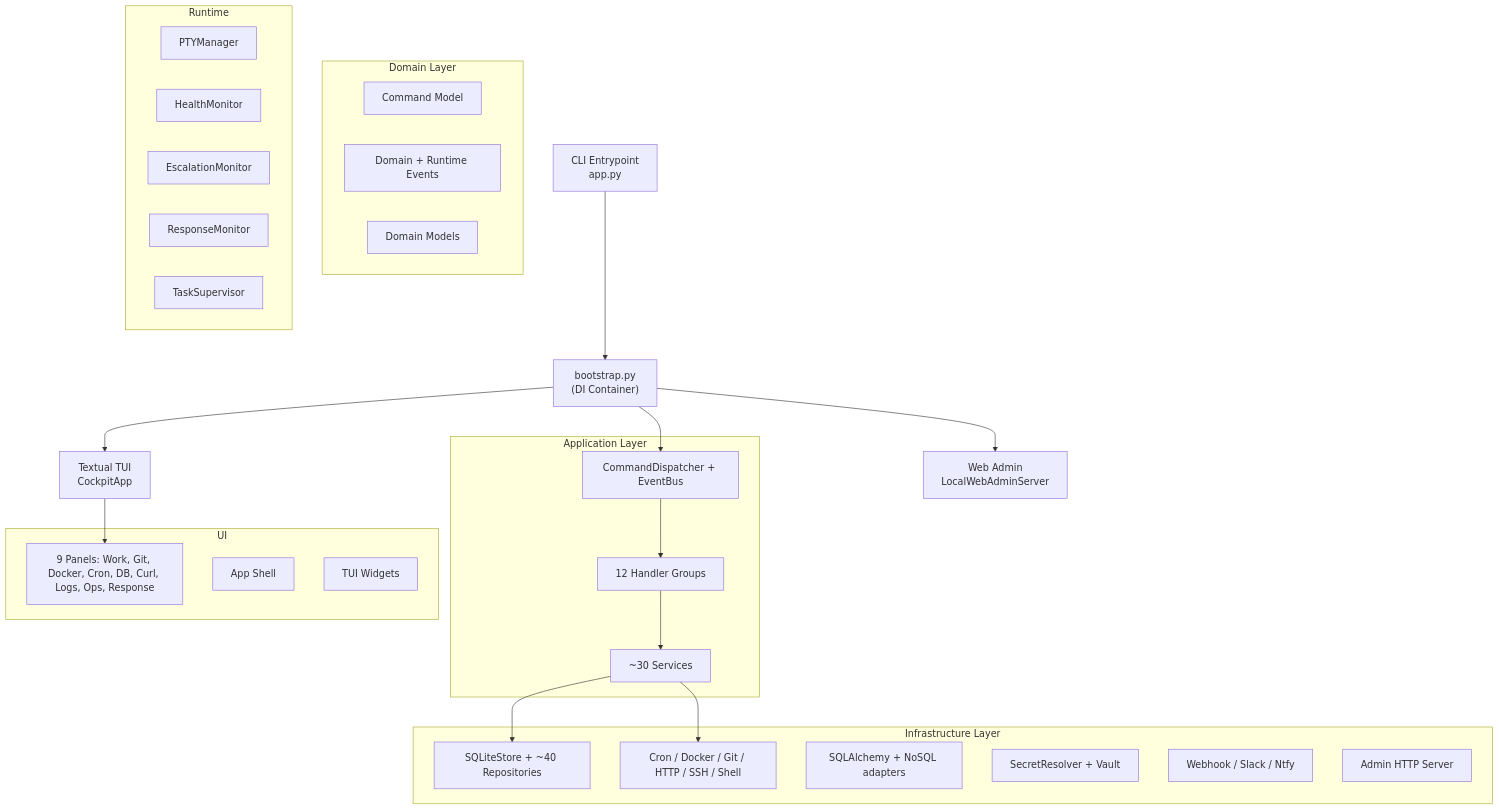
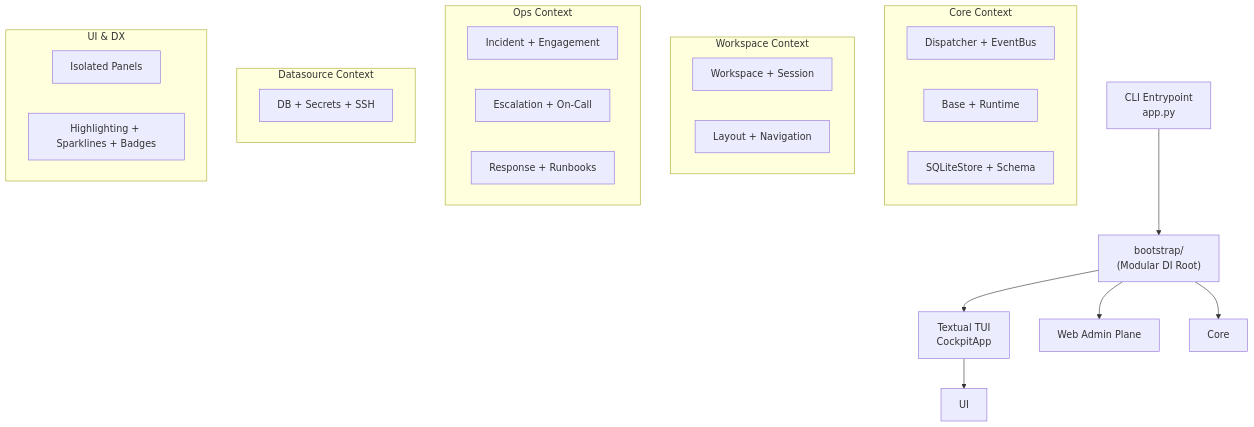
One commit to DamienDrash/cockpit_cli changed the diagram in walkthrough.md. Above: the diagram before and after it, drawn with Mermaid. The commit also changed other lines of this file and 11 other files, not shown here.

````diff
--- a/walkthrough.md
+++ b/walkthrough.md
@@ -21,48 +19,35 @@
 ```mermaid
 graph TD
-    CLI["CLI Entrypoint<br>app.py"] --> Bootstrap["bootstrap.py<br>(DI Container)"]
+    CLI["CLI Entrypoint<br>app.py"] --> Bootstrap["bootstrap/<br>(Modular DI Root)"]
     Bootstrap --> App["Textual TUI<br>CockpitApp"]
-    Bootstrap --> Admin["Web Admin<br>LocalWebAdminServer"]
+    Bootstrap --> Admin["Web Admin Plane"]
 
-    subgraph "Application Layer"
-        Dispatch["CommandDispatcher + EventBus"]
-        Handlers["12 Handler Groups"]
-        Services["~30 Services"]
+    subgraph "Core Context"
+        Dispatch["Dispatcher + EventBus"]
+        Events["Base + Runtime"]
+        Persistence["SQLiteStore + Schema"]
     end
 
-    subgraph "Domain Layer"
-        Commands["Command Model"]
-        Events["Domain + Runtime Events"]
-        Models["Domain Models"]
+    subgraph "Workspace Context"
+        WS["Workspace + Session"]
+        Layout["Layout + Navigation"]
     end
 
-    subgraph "Infrastructure Layer"
-        Persistence["SQLiteStore + ~40 Repositories"]
-        Adapters["Cron / Docker / Git / HTTP / SSH / Shell"]
-        Datasources["SQLAlchemy + NoSQL adapters"]
-        Secrets["SecretResolver + Vault"]
-        Notifications["Webhook / Slack / Ntfy"]
-        Web["Admin HTTP Server"]
+    subgraph "Ops Context"
+        Inc["Incident + Engagement"]
+        Esc["Escalation + On-Call"]
+        Resp["Response + Runbooks"]
     end
 
-    subgraph "Runtime"
-        PTY["PTYManager"]
-        Health["HealthMonitor"]
-        Escalation["EscalationMonitor"]
-        Response["ResponseMonitor"]
-        TaskSupervisor["TaskSupervisor"]
+    subgraph "Datasource Context"
+        Adapters["DB + Secrets + SSH"]
     end
 
-    subgraph "UI"
-        Panels["9 Panels: Work, Git, Docker, Cron, DB, Curl, Logs, Ops, Response"]
-        Screens["App Shell"]
-        Widgets["TUI Widgets"]
+    subgraph "UI & DX"
+        Panels["Isolated Panels"]
+        DX["Highlighting + Sparklines + Badges"]
     end
 
-    Bootstrap --> Dispatch
-    Dispatch --> Handlers
-    Handlers --> Services
-    Services --> Persistence
-    Services --> Adapters
-    App --> Panels
+    Bootstrap --> Core
+    App --> UI
 ```
````
